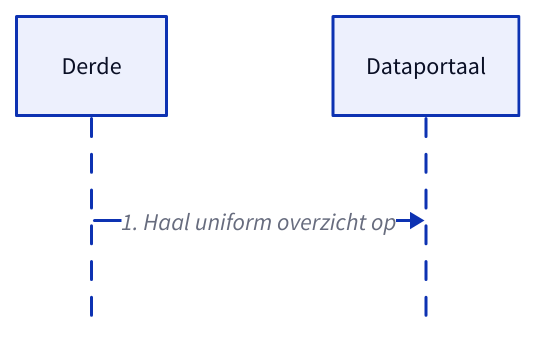
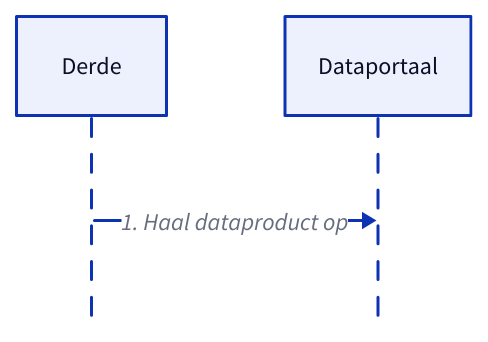
Before and after one commit to Netbeheer-Nederland/solution-designs: the diagram in src/docs/modules/ROOT/partials/diagrams/detectie/gebruiksscenario-centraal.d2, drawn with D2. The commit also changed 1 other file, not shown here.

```diff
--- a/src/docs/modules/ROOT/partials/diagrams/detectie/gebruiksscenario-centraal.d2
+++ b/src/docs/modules/ROOT/partials/diagrams/detectie/gebruiksscenario-centraal.d2
@@ -1,12 +1,12 @@
 vars: {
   d2-config: {
     pad: 20
   }
 }
 
 shape: sequence_diagram
 
 "Derde": "Derde"
 "Dataportaal": "Dataportaal"
 
-"Derde" -> "Dataportaal": "1. Haal uniform overzicht op"
+"Derde" -> "Dataportaal": "1. Haal dataproduct op"
```
